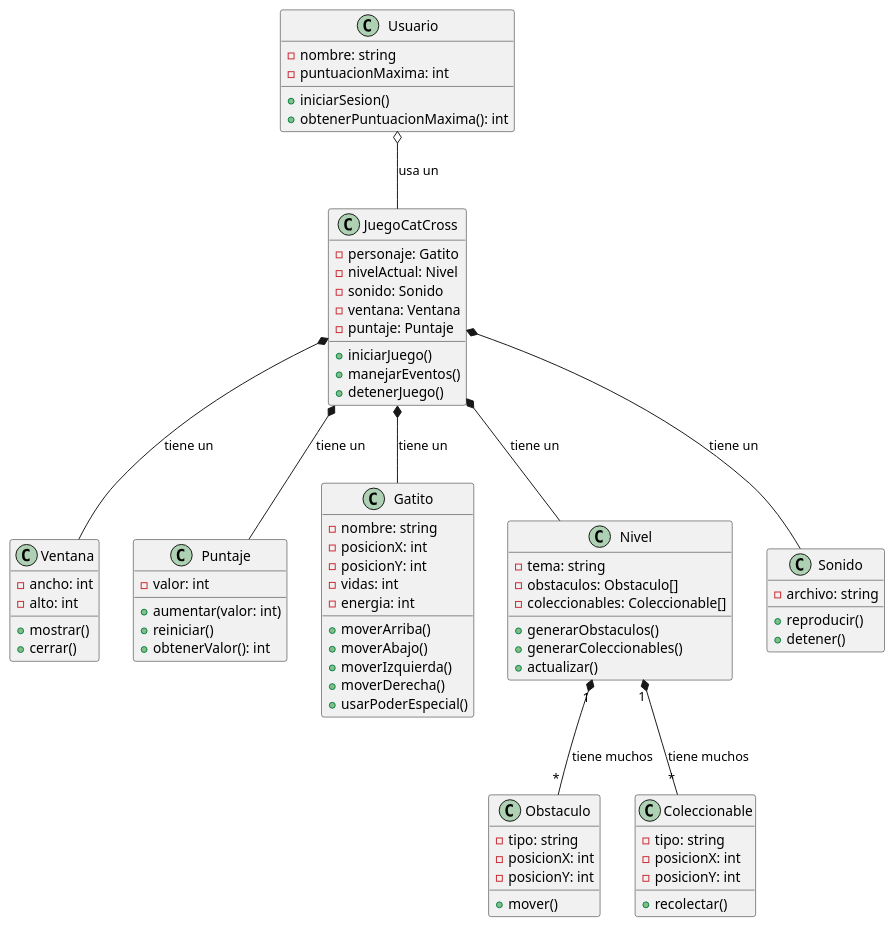
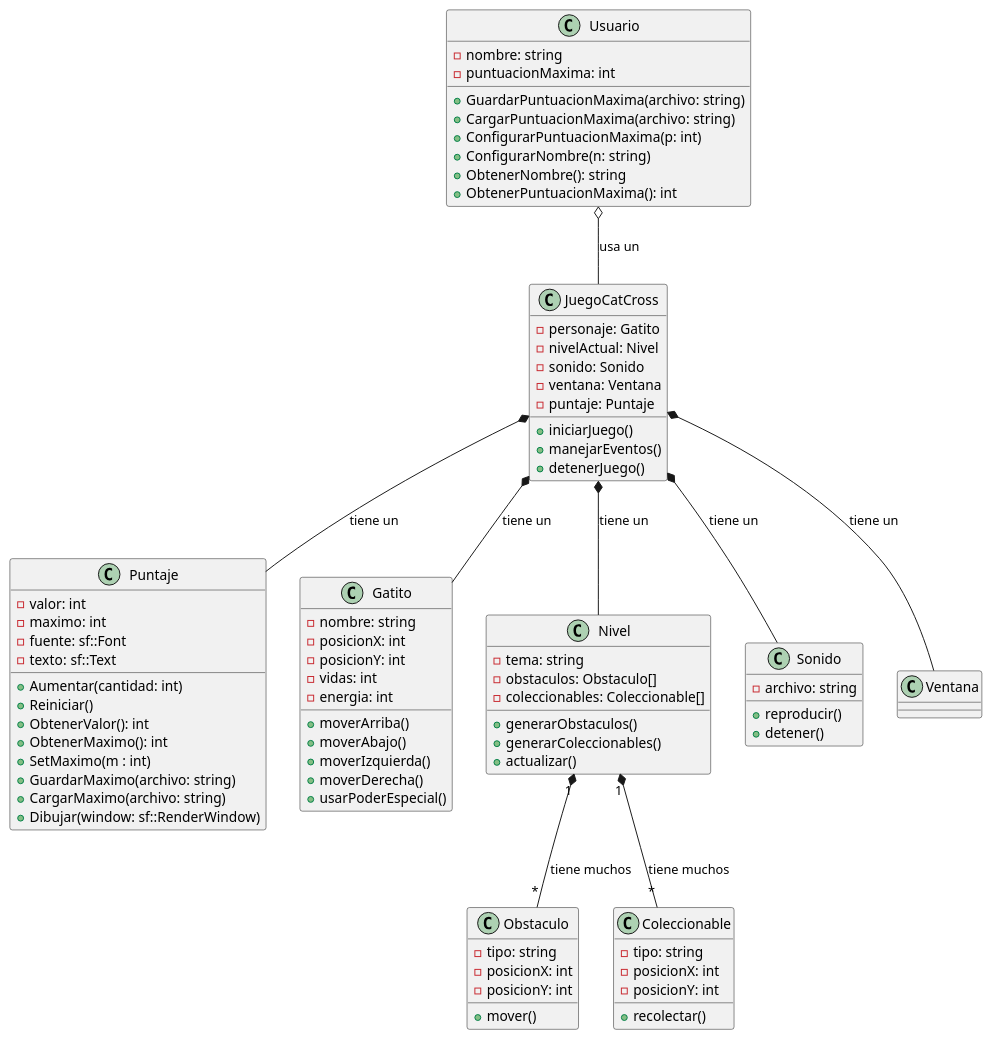
One commit to JulietaPadilla/CrossyRoad changed the diagram in docs/diagrama.puml. Above: the diagram before and after it, drawn with PlantUML. The commit also changed 3 other files, not shown here.

Commit message:
Ajustes Diagrama puml

```diff
--- a/docs/diagrama.puml
+++ b/docs/diagrama.puml
@@ -1,86 +1,91 @@
 @startuml diagrama
 
 class Usuario {
     - nombre: string
     - puntuacionMaxima: int
-    + iniciarSesion()
-    + obtenerPuntuacionMaxima(): int
-}
-
-class Ventana {
-    - ancho: int
-    - alto: int
-    + mostrar()
-    + cerrar()
+    + GuardarPuntuacionMaxima(archivo: string)
+    + CargarPuntuacionMaxima(archivo: string)
+    + ConfigurarPuntuacionMaxima(p: int)
+    + ConfigurarNombre(n: string)
+    + ObtenerNombre(): string
+    + ObtenerPuntuacionMaxima(): int
 }
 
 class Puntaje {
     - valor: int
-    + aumentar(valor: int)
-    + reiniciar()
-    + obtenerValor(): int
+    - maximo: int
+    - fuente: sf::Font
+    - texto: sf::Text
+    + Aumentar(cantidad: int)
+    + Reiniciar()
+    + ObtenerValor(): int
+    + ObtenerMaximo(): int
+    + SetMaximo(m : int)
+    + GuardarMaximo(archivo: string)
+    + CargarMaximo(archivo: string)
+    + Dibujar(window: sf::RenderWindow)
 }
 
 class JuegoCatCross {
     - personaje: Gatito
     - nivelActual: Nivel
     - sonido: Sonido
     - ventana: Ventana
     - puntaje: Puntaje
     + iniciarJuego()
     + manejarEventos()
     + detenerJuego()
 }
 
 class Gatito {
     - nombre: string
     - posicionX: int
     - posicionY: int
     - vidas: int
     - energia: int
     + moverArriba()
     + moverAbajo()
     + moverIzquierda()
     + moverDerecha()
     + usarPoderEspecial()
 }
 
 class Nivel {
     - tema: string
     - obstaculos: Obstaculo[]
     - coleccionables: Coleccionable[]
     + generarObstaculos()
     + generarColeccionables()
     + actualizar()
 }
 
 class Sonido {
     - archivo: string
     + reproducir()
     + detener()
 }
 
 class Obstaculo {
     - tipo: string
     - posicionX: int
     - posicionY: int
     + mover()
 }
 
 class Coleccionable {
     - tipo: string
     - posicionX: int
     - posicionY: int
     + recolectar()
 }
 
 JuegoCatCross *-- Gatito : tiene un
 JuegoCatCross *-- Nivel : tiene un
 JuegoCatCross *-- Sonido : tiene un
 JuegoCatCross *-- Ventana : tiene un
 JuegoCatCross *-- Puntaje : tiene un
 Usuario o-- JuegoCatCross : usa un
 Nivel "1" *-- "*" Obstaculo : tiene muchos
 Nivel "1" *-- "*" Coleccionable : tiene muchos
 
 @enduml
```
